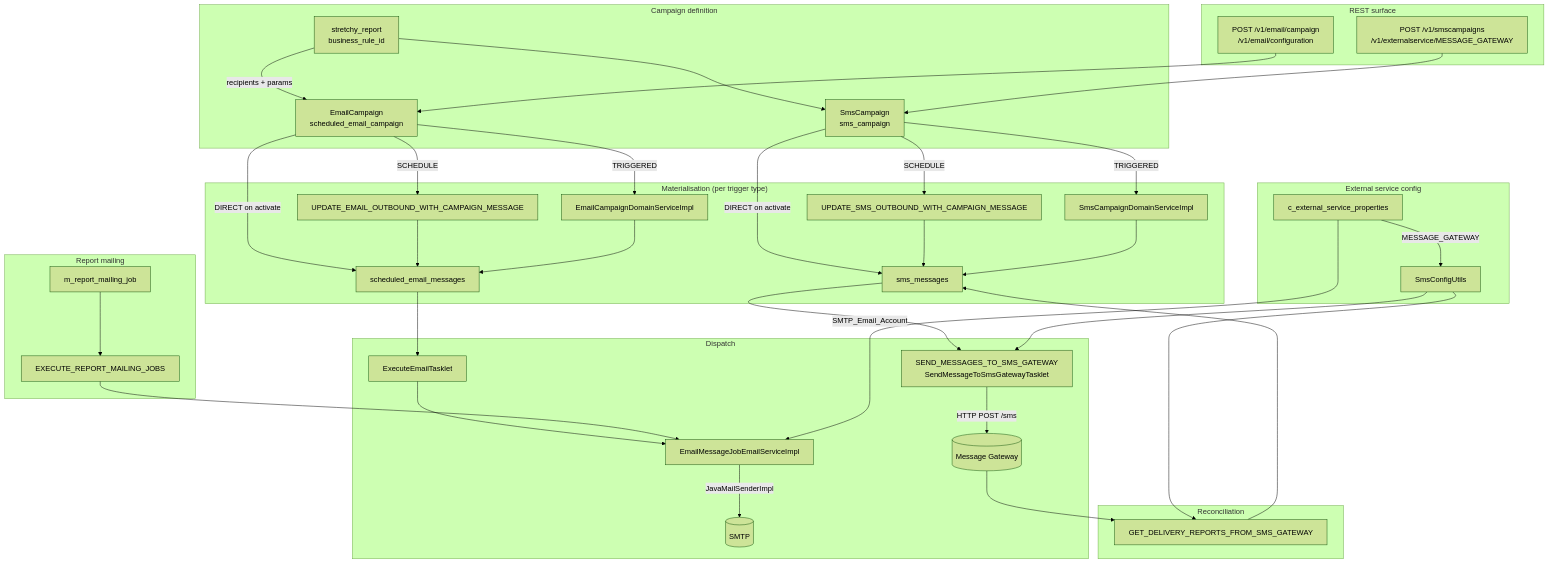
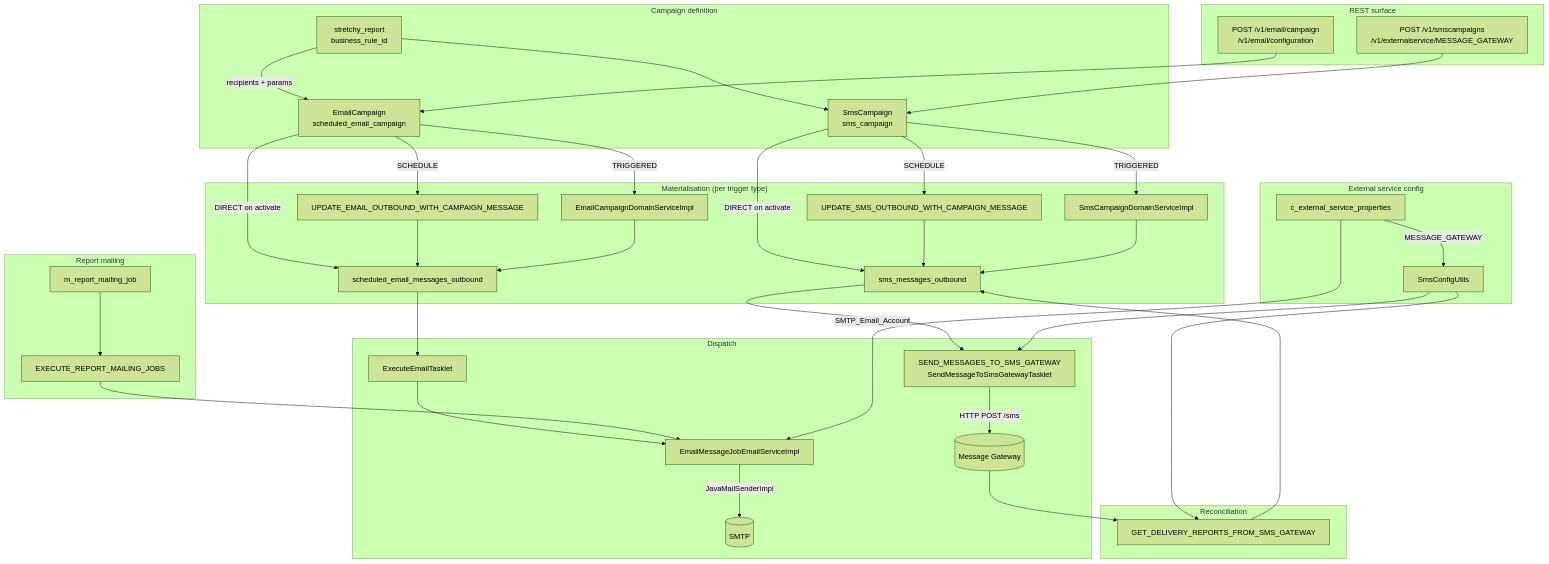
The diagram in campaigns/overview.mdx (mintlify-atlas/docs-wiki-e7c34b87), drawn with Mermaid (forest theme) before and after one commit. The commit also changed other lines of this file and 203 other files, not shown here.

````diff
--- a/campaigns/overview.mdx
+++ b/campaigns/overview.mdx
@@ -100,51 +100,51 @@
 ```mermaid
 flowchart TB
     subgraph Definition["Campaign definition"]
         REP[stretchy_report<br/>business_rule_id] -->|recipients + params| EC[EmailCampaign<br/>scheduled_email_campaign]
         REP --> SC[SmsCampaign<br/>sms_campaign]
     end
 
     subgraph API["REST surface"]
         ECAPI["POST /v1/email/campaign<br/>/v1/email/configuration"] --> EC
         SCAPI["POST /v1/smscampaigns<br/>/v1/externalservice/MESSAGE_GATEWAY"] --> SC
     end
 
     subgraph Materialise["Materialisation (per trigger type)"]
         EC -->|SCHEDULE| UEO["UPDATE_EMAIL_OUTBOUND_WITH_CAMPAIGN_MESSAGE"]
-        EC -->|DIRECT on activate| EOT[scheduled_email_messages]
+        EC -->|DIRECT on activate| EOT[scheduled_email_messages_outbound]
         EC -->|TRIGGERED| EDS[EmailCampaignDomainServiceImpl]
         SC -->|SCHEDULE| USO["UPDATE_SMS_OUTBOUND_WITH_CAMPAIGN_MESSAGE"]
-        SC -->|DIRECT on activate| SOT[sms_messages]
+        SC -->|DIRECT on activate| SOT[sms_messages_outbound]
         SC -->|TRIGGERED| SDS[SmsCampaignDomainServiceImpl]
         UEO --> EOT
         USO --> SOT
         EDS --> EOT
         SDS --> SOT
     end
 
     subgraph Dispatch["Dispatch"]
         EOT --> EXE["ExecuteEmailTasklet"]
         EXE --> EMJ[EmailMessageJobEmailServiceImpl]
         EMJ -->|JavaMailSenderImpl| SMTP[(SMTP)]
 
         SOT --> SMG["SEND_MESSAGES_TO_SMS_GATEWAY<br/>SendMessageToSmsGatewayTasklet"]
         SMG -->|HTTP POST /sms| GW[(Message Gateway)]
     end
 
     subgraph Reconcile["Reconciliation"]
         GW --> GDR["GET_DELIVERY_REPORTS_FROM_SMS_GATEWAY"]
         GDR --> SOT
     end
 
     subgraph ReportMail["Report mailing"]
         RMJ["m_report_mailing_job"] --> ERM["EXECUTE_REPORT_MAILING_JOBS"]
         ERM --> EMJ
     end
 
     subgraph Config["External service config"]
         ESP[c_external_service_properties] -->|SMTP_Email_Account| EMJ
         ESP -->|MESSAGE_GATEWAY| SCU[SmsConfigUtils]
         SCU --> SMG
         SCU --> GDR
     end
 ```
````
